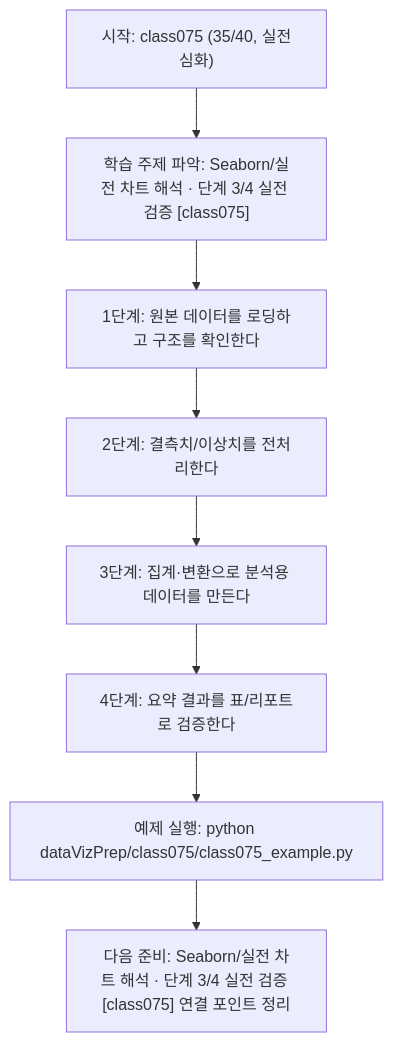
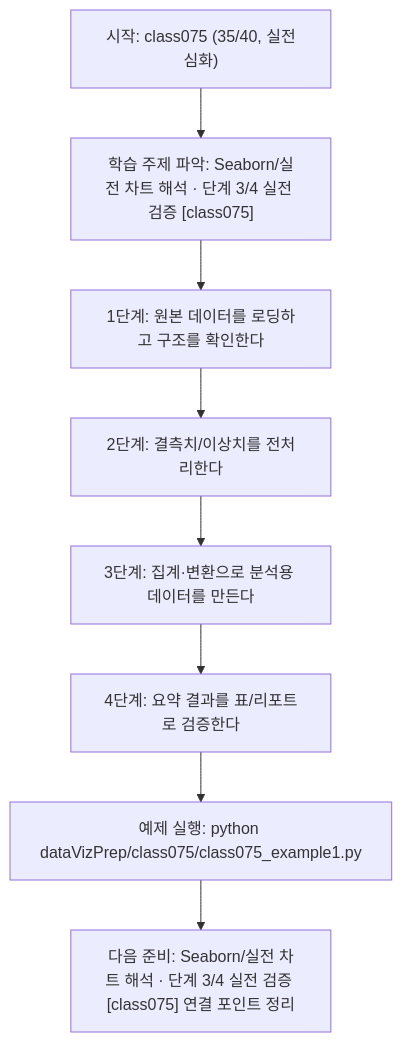
One commit to edumgt/Python-AI_Agent-Class changed the diagram in dataVizPrep/class075/class075.md. Above: the diagram before and after it, drawn with Mermaid. The commit also changed other lines of this file and 2959 other files, not shown here.

````diff
--- a/dataVizPrep/class075/class075.md
+++ b/dataVizPrep/class075/class075.md
@@ -112,18 +112,18 @@
 ```mermaid
 flowchart TD
 N1["시작: class075 (35/40, 실전심화)"]
 N2["학습 주제 파악: Seaborn/실전 차트 해석 · 단계 3/4 실전 검증 [class075]"]
 N3["1단계: 원본 데이터를 로딩하고 구조를 확인한다"]
 N4["2단계: 결측치/이상치를 전처리한다"]
 N5["3단계: 집계·변환으로 분석용 데이터를 만든다"]
 N6["4단계: 요약 결과를 표/리포트로 검증한다"]
-N7["예제 실행: python dataVizPrep/class075/class075_example.py"]
+N7["예제 실행: python dataVizPrep/class075/class075_example1.py"]
 N8["다음 준비: Seaborn/실전 차트 해석 · 단계 3/4 실전 검증 [class075] 연결 포인트 정리"]
 N1 --> N2
 N2 --> N3
 N3 --> N4
 N4 --> N5
 N5 --> N6
 N6 --> N7
 N7 --> N8
 ```
````
